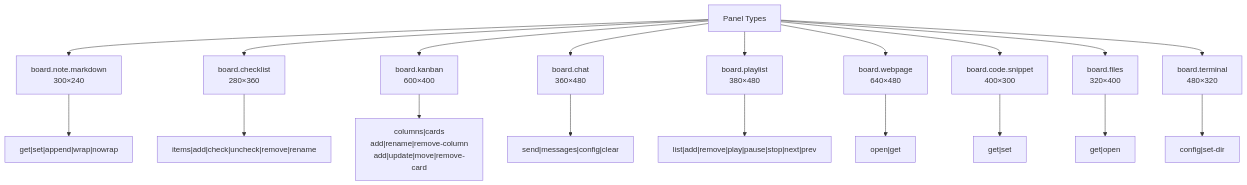
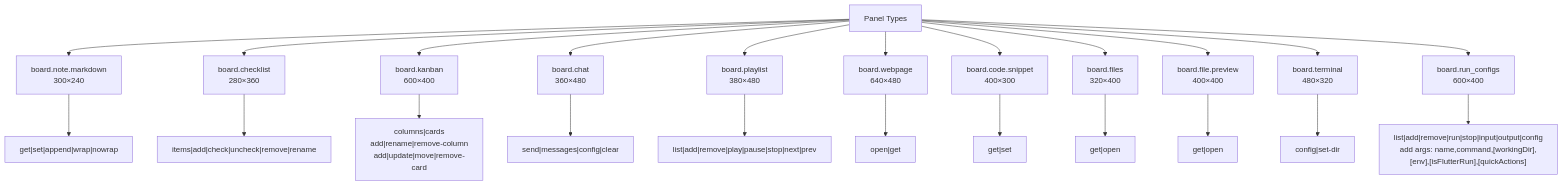
One commit to IstiN/yoloit changed the second of 5 diagrams in docs/cli-mermaid.md. Above: the diagram before and after it, drawn with Mermaid. The commit also changed other lines of this file and 8 other files, not shown here.

First line of the commit message:
Fix run config dedupe and session grouping

````diff
--- a/docs/cli-mermaid.md
+++ b/docs/cli-mermaid.md
@@ -42,24 +42,28 @@
 ```mermaid
 graph TD
     Panel_Types["Panel Types"]
 
     Panel_Types --> Note["board.note.markdown<br>300×240"]
     Panel_Types --> Checklist["board.checklist<br>280×360"]
     Panel_Types --> Kanban["board.kanban<br>600×400"]
     Panel_Types --> Chat["board.chat<br>360×480"]
     Panel_Types --> Playlist["board.playlist<br>380×480"]
     Panel_Types --> Webpage["board.webpage<br>640×480"]
     Panel_Types --> Code["board.code.snippet<br>400×300"]
     Panel_Types --> Files["board.files<br>320×400"]
+    Panel_Types --> FilePreview["board.file.preview<br>400×400"]
     Panel_Types --> Terminal["board.terminal<br>480×320"]
+    Panel_Types --> Run["board.run_configs<br>600×400"]
 
     Note --> note_actions["get|set|append|wrap|nowrap"]
     Checklist --> list_actions["items|add|check|uncheck|remove|rename"]
     Kanban --> kanban_actions["columns|cards<br>add|rename|remove-column<br>add|update|move|remove-card"]
     Chat --> chat_actions["send|messages|config|clear"]
     Playlist --> play_actions["list|add|remove|play|pause|stop|next|prev"]
     Webpage --> web_actions["open|get"]
     Code --> code_actions["get|set"]
     Files --> files_actions["get|open"]
+    FilePreview --> file_preview_actions["get|open"]
     Terminal --> term_actions["config|set-dir"]
+    Run --> run_actions["list|add|remove|run|stop|input|output|config<br>add args: name,command,[workingDir],[env],[isFlutterRun],[quickActions]"]
 ```
````
